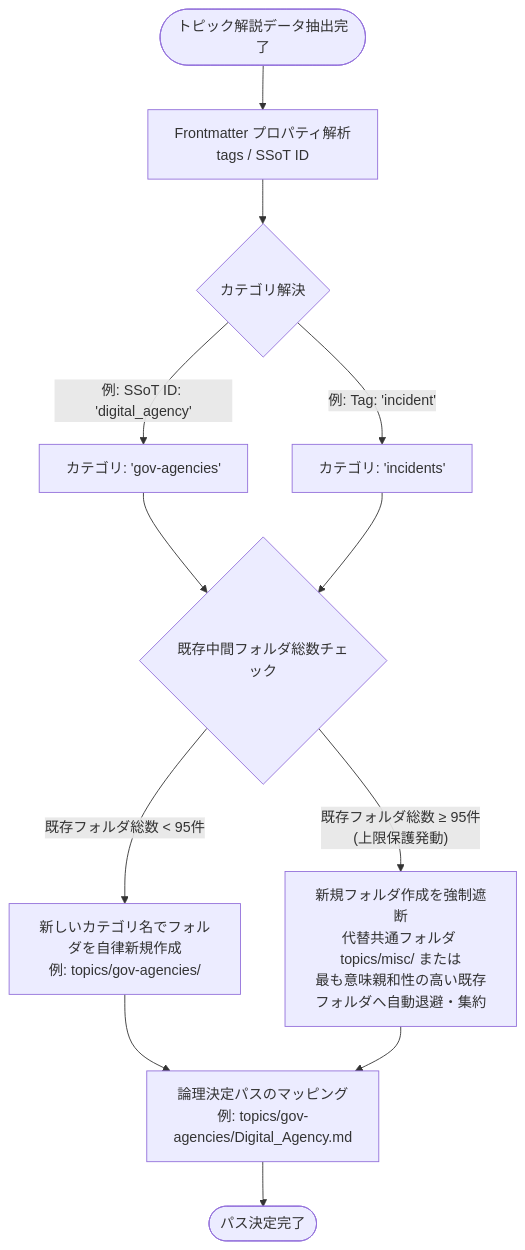
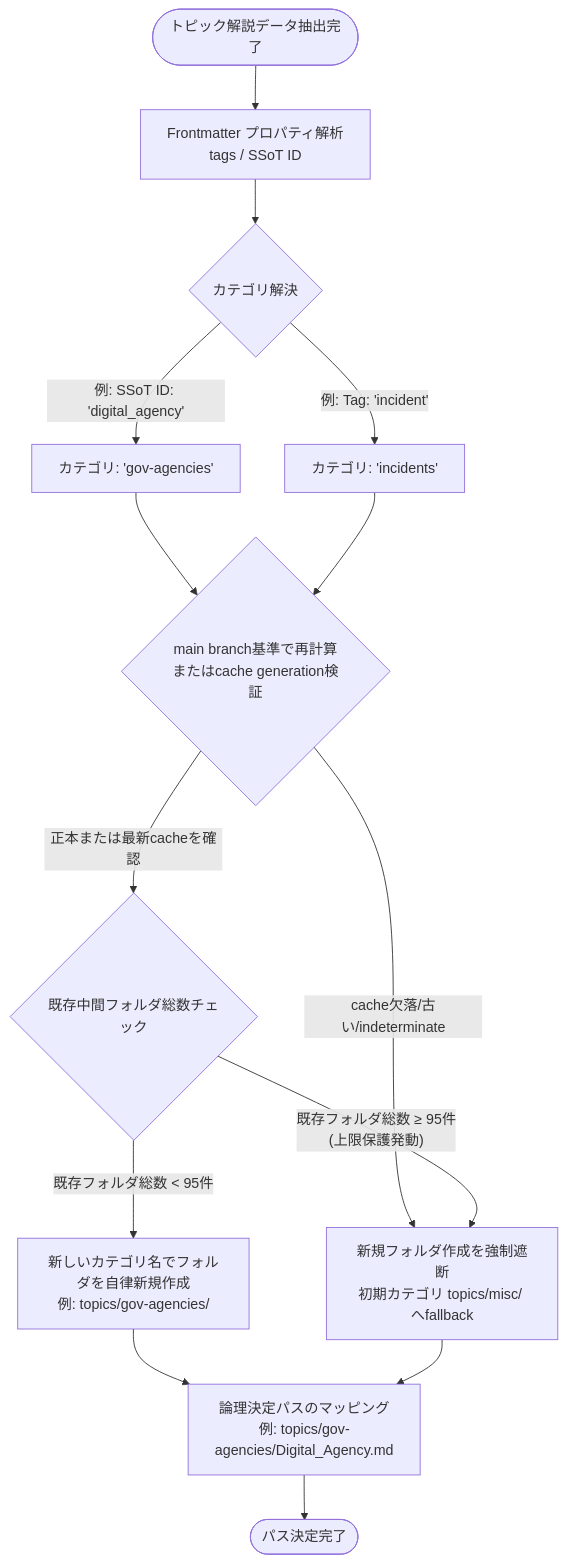
The diagram in .spec/data-model.md (Ningensei848/kaname), drawn with Mermaid before and after one commit. The commit also changed other lines of this file and 1 other file, not shown here.

Commit message:
Document canonical folder limit source

````diff
--- a/.spec/data-model.md
+++ b/.spec/data-model.md
@@ -105,18 +126,21 @@
 ```mermaid
 flowchart TD
     Start([トピック解説データ抽出完了]) --> Parse[Frontmatter プロパティ解析<br/>tags / SSoT ID]
 
     Parse --> ResolveCategory{カテゴリ解決}
     ResolveCategory -- "例: SSoT ID: 'digital_agency'" --> GovAgencies[カテゴリ: 'gov-agencies']
     ResolveCategory -- "例: Tag: 'incident'" --> Incidents[カテゴリ: 'incidents']
 
-    GovAgencies --> CheckLimit{既存中間フォルダ総数チェック}
-    Incidents --> CheckLimit
+    GovAgencies --> VerifyCache{main branch基準で再計算<br/>またはcache generation検証}
+    Incidents --> VerifyCache
+
+    VerifyCache -- "cache欠落/古い/indeterminate" --> ForceFallback[新規フォルダ作成を強制遮断<br/>初期カテゴリ topics/misc/ へfallback]
+    VerifyCache -- "正本または最新cacheを確認" --> CheckLimit{既存中間フォルダ総数チェック}
 
     CheckLimit -- "既存フォルダ総数 < 95件" --> CreateDir[新しいカテゴリ名でフォルダを自律新規作成<br/>例: topics/gov-agencies/]
-    CheckLimit -- "既存フォルダ総数 ≥ 95件<br/>(上限保護発動)" --> ForceFallback[新規フォルダ作成を強制遮断<br/>代替共通フォルダ topics/misc/ または<br/>最も意味親和性の高い既存フォルダへ自動退避・集約]
+    CheckLimit -- "既存フォルダ総数 ≥ 95件<br/>(上限保護発動)" --> ForceFallback
 
     CreateDir --> Path[論理決定パスのマッピング<br/>例: topics/gov-agencies/Digital_Agency.md]
     ForceFallback --> Path
     Path --> End([パス決定完了])
 ```
````
